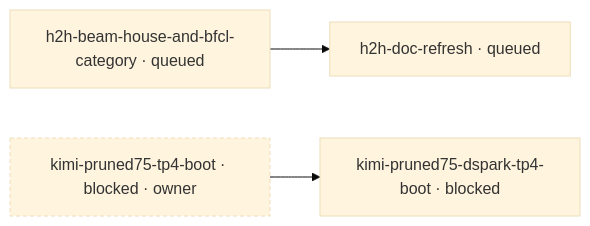
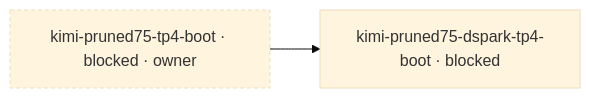
The diagram in mad-science/STATUS.md (littlecedar/sparkrun-recipe-registry), drawn with Mermaid (base theme) before and after one commit. The commit also changed other lines of this file, not shown here.

First line of the commit message:
Board: the flight's BFCL cell landed and its window closed inside the tick

````diff
--- a/mad-science/STATUS.md
+++ b/mad-science/STATUS.md
@@ -15,11 +14,8 @@
 ```mermaid
 flowchart LR
-  %% 11 blocked, 2 edges, 10 prose-gated, 0 question-gated, 0 question, 22 rows not drawn (--all)
-  t1["h2h-beam-house-and-bfcl-category · queued"]
-  t2["h2h-doc-refresh · queued"]
-  t3["kimi-pruned75-dspark-tp4-boot · blocked"]
-  t4["kimi-pruned75-tp4-boot · blocked · owner"]:::no-recorded-edge
-  t1 --> t2
-  t4 --> t3
+  %% 11 blocked, 1 edges, 10 prose-gated, 0 question-gated, 0 question, 23 rows not drawn (--all)
+  t1["kimi-pruned75-dspark-tp4-boot · blocked"]
+  t2["kimi-pruned75-tp4-boot · blocked · owner"]:::no-recorded-edge
+  t2 --> t1
   classDef no-recorded-edge stroke-dasharray: 4 3
 ```
````
